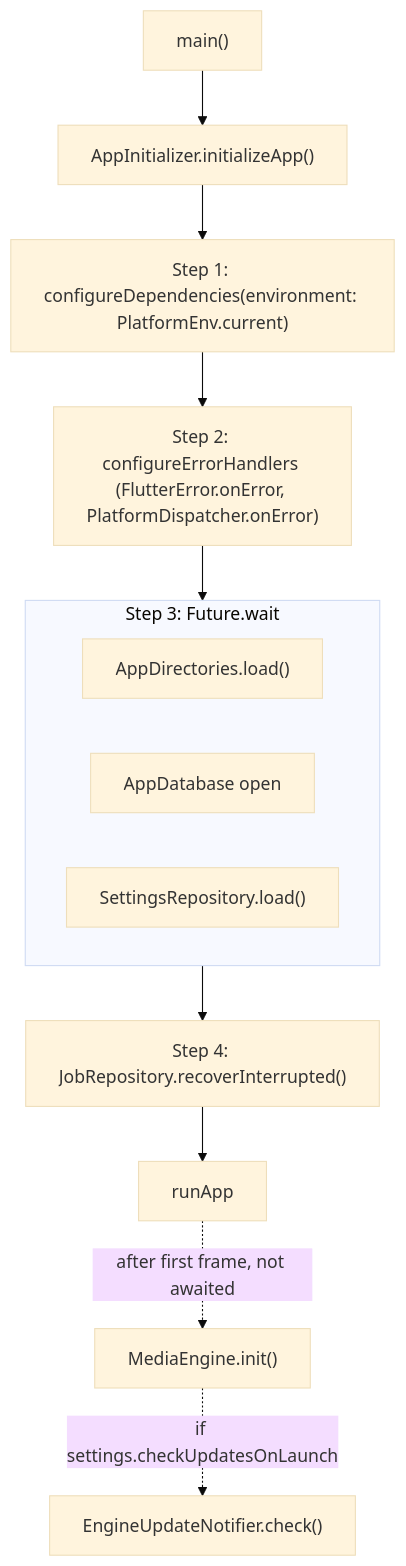
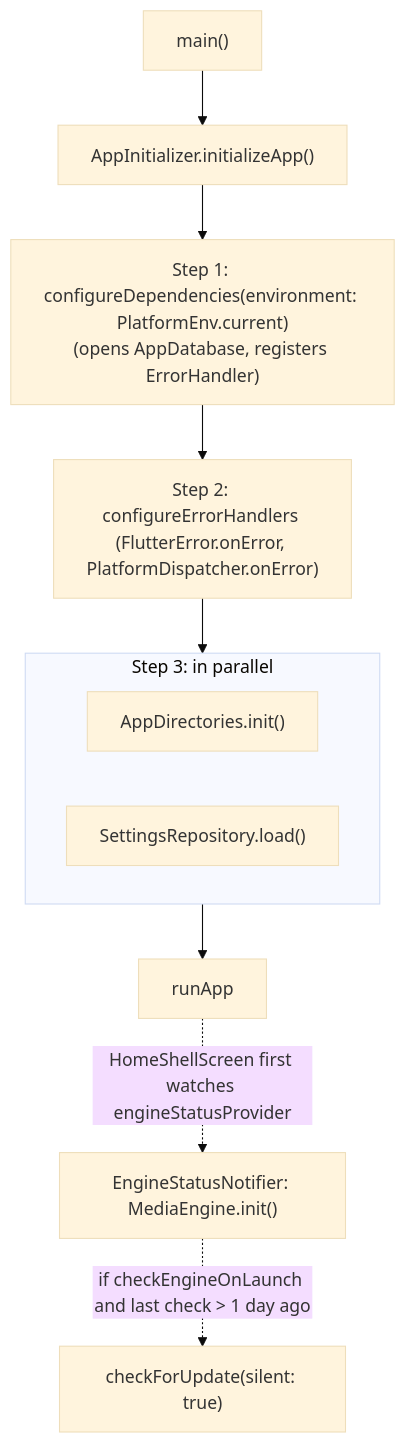
One commit to gaurishankar007/Flutter-Media-Downloader changed the diagram in docs/architecture/app_startup.md. Above: the diagram before and after it, drawn with Mermaid (base theme). The commit also changed other lines of this file and 53 other files, not shown here.

````diff
--- a/docs/architecture/app_startup.md
+++ b/docs/architecture/app_startup.md
@@ -18,16 +17,14 @@
 ```mermaid
 flowchart TD
     A["main()"] --> B["AppInitializer.initializeApp()"]
-    B --> S1["Step 1: configureDependencies(environment: PlatformEnv.current)"]
+    B --> S1["Step 1: configureDependencies(environment: PlatformEnv.current)<br/>(opens AppDatabase, registers ErrorHandler)"]
     S1 --> S2["Step 2: configureErrorHandlers (FlutterError.onError, PlatformDispatcher.onError)"]
     S2 --> S3
-    subgraph S3["Step 3: Future.wait"]
-        D["AppDirectories.load()"]
-        E["AppDatabase open"]
+    subgraph S3["Step 3: in parallel"]
+        D["AppDirectories.init()"]
         F["SettingsRepository.load()"]
     end
-    S3 --> S4["Step 4: JobRepository.recoverInterrupted()"]
-    S4 --> R["runApp"]
-    R -. "after first frame, not awaited" .-> G["MediaEngine.init()"]
-    G -. "if settings.checkUpdatesOnLaunch" .-> H["EngineUpdateNotifier.check()"]
+    S3 --> R["runApp"]
+    R -. "HomeShellScreen first watches engineStatusProvider" .-> G["EngineStatusNotifier: MediaEngine.init()"]
+    G -. "if checkEngineOnLaunch and last check > 1 day ago" .-> H["checkForUpdate(silent: true)"]
 ```
````
